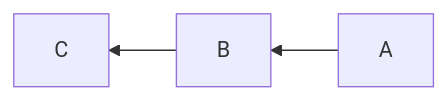
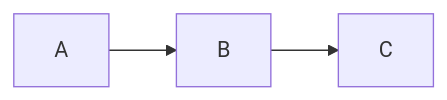
Before and after one commit to neuromorphs/NIR: the first of 2 diagrams in README.md, drawn with Mermaid. The commit also changed other lines of this file, not shown here.

Commit message:
Corrected README graph

````diff
--- a/README.md
+++ b/README.md
@@ -25,5 +25,5 @@
 ```mermaid
-graph RL;
+graph LR;
 A --> B;
 B --> C;
 ```
````
